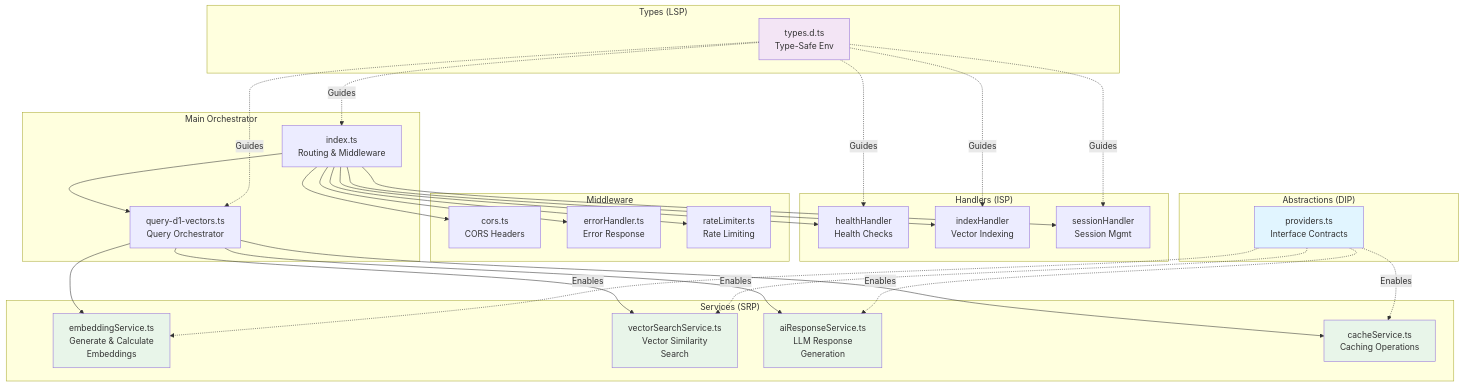
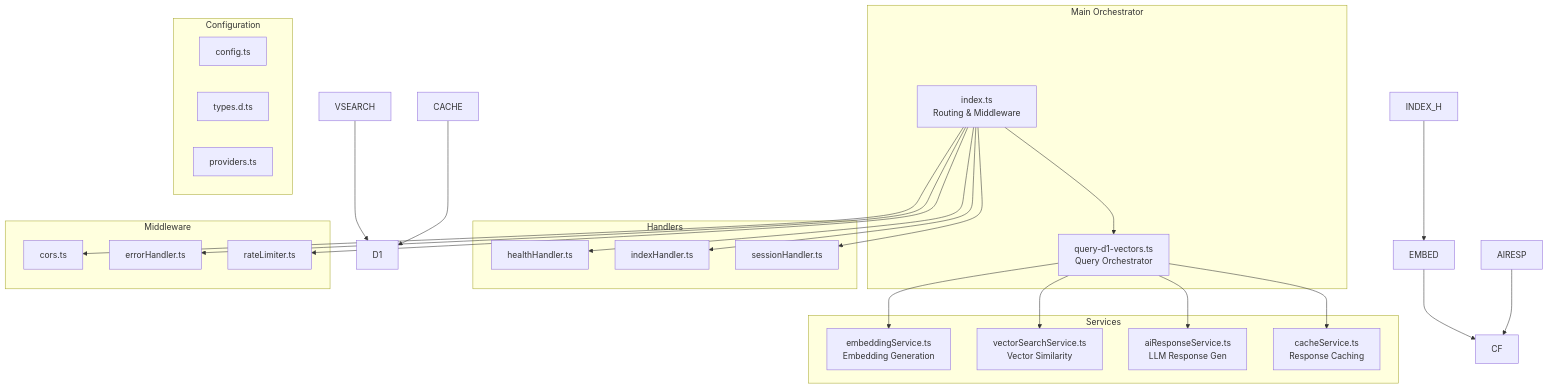
The second of 5 diagrams in README.md (josejalvarezm/cv-ai-agent), drawn with Mermaid before and after one commit. The commit also changed other lines of this file, not shown here.

````diff
--- a/README.md
+++ b/README.md
@@ -52,65 +52,51 @@
 ```mermaid
 graph TB
     subgraph "Main Orchestrator"
         INDEX["index.ts<br/>Routing & Middleware"]
         QUERY["query-d1-vectors.ts<br/>Query Orchestrator"]
     end
     
-    subgraph "Services (SRP)"
-        ES["embeddingService.ts<br/>Generate & Calculate<br/>Embeddings"]
-        VS["vectorSearchService.ts<br/>Vector Similarity<br/>Search"]
-        AR["aiResponseService.ts<br/>LLM Response<br/>Generation"]
-        CS["cacheService.ts<br/>Caching Operations"]
+    subgraph "Services"
+        ES["embeddingService.ts<br/>Embedding Generation"]
+        VS["vectorSearchService.ts<br/>Vector Similarity"]
+        AR["aiResponseService.ts<br/>LLM Response Gen"]
+        CS["cacheService.ts<br/>Response Caching"]
     end
     
-    subgraph "Handlers (ISP)"
-        HH["healthHandler<br/>Health Checks"]
-        IH["indexHandler<br/>Vector Indexing"]
-        SH["sessionHandler<br/>Session Mgmt"]
+    subgraph "Handlers"
+        HH["healthHandler.ts"]
+        IH["indexHandler.ts"]
+        SH["sessionHandler.ts"]
     end
     
     subgraph "Middleware"
-        CORS["cors.ts<br/>CORS Headers"]
-        ERROR["errorHandler.ts<br/>Error Response"]
-        RATE["rateLimiter.ts<br/>Rate Limiting"]
+        CORS["cors.ts"]
+        ERROR["errorHandler.ts"]
+        RATE["rateLimiter.ts"]
     end
     
-    subgraph "Abstractions (DIP)"
-        PROV["providers.ts<br/>Interface Contracts"]
-    end
-    
-    subgraph "Types (LSP)"
-        TYPES["types.d.ts<br/>Type-Safe Env"]
+    subgraph "Configuration"
+        CONFIG["config.ts"]
+        TYPES["types.d.ts"]
+        PROV["providers.ts"]
     end
     
     INDEX --> QUERY
     INDEX --> HH
     INDEX --> IH
     INDEX --> SH
     INDEX --> CORS
     INDEX --> ERROR
     INDEX --> RATE
     
     QUERY --> ES
     QUERY --> VS
     QUERY --> AR
     QUERY --> CS
+    INDEX_H --> EMBED
     
-    PROV -.->|Enables| ES
-    PROV -.->|Enables| VS
-    PROV -.->|Enables| AR
-    PROV -.->|Enables| CS
-    
-    TYPES -.->|Guides| INDEX
-    TYPES -.->|Guides| QUERY
-    TYPES -.->|Guides| HH
-    TYPES -.->|Guides| IH
-    TYPES -.->|Guides| SH
-    
-    style PROV fill:#e1f5ff
-    style TYPES fill:#f3e5f5
-    style ES fill:#e8f5e9
-    style VS fill:#e8f5e9
-    style AR fill:#e8f5e9
-    style CS fill:#e8f5e9
+    EMBED --> CF
+    AIRESP --> CF
+    VSEARCH --> D1
+    CACHE --> D1
 ```
````
